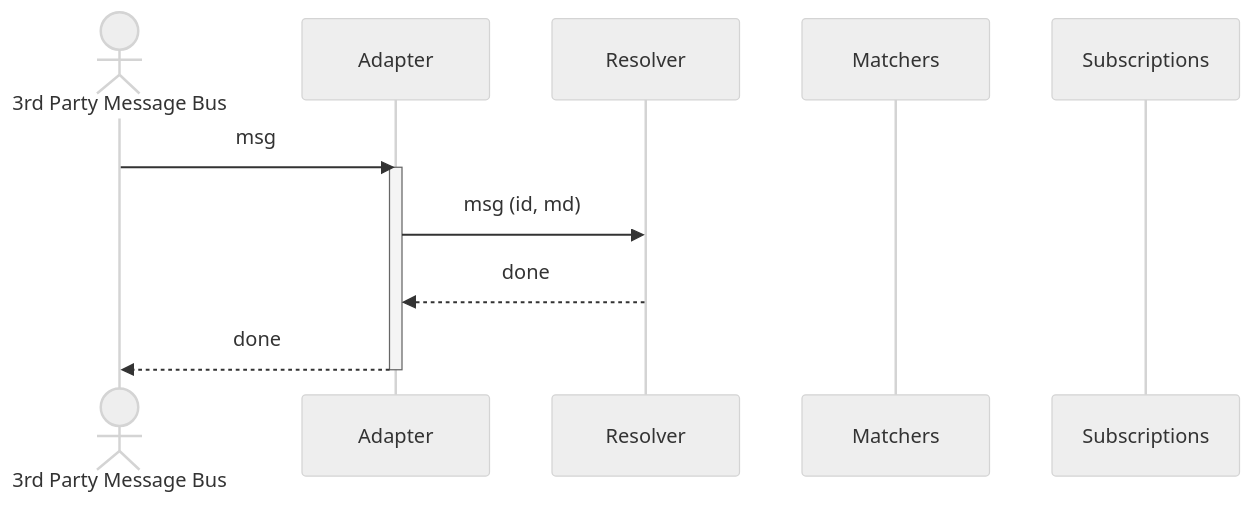
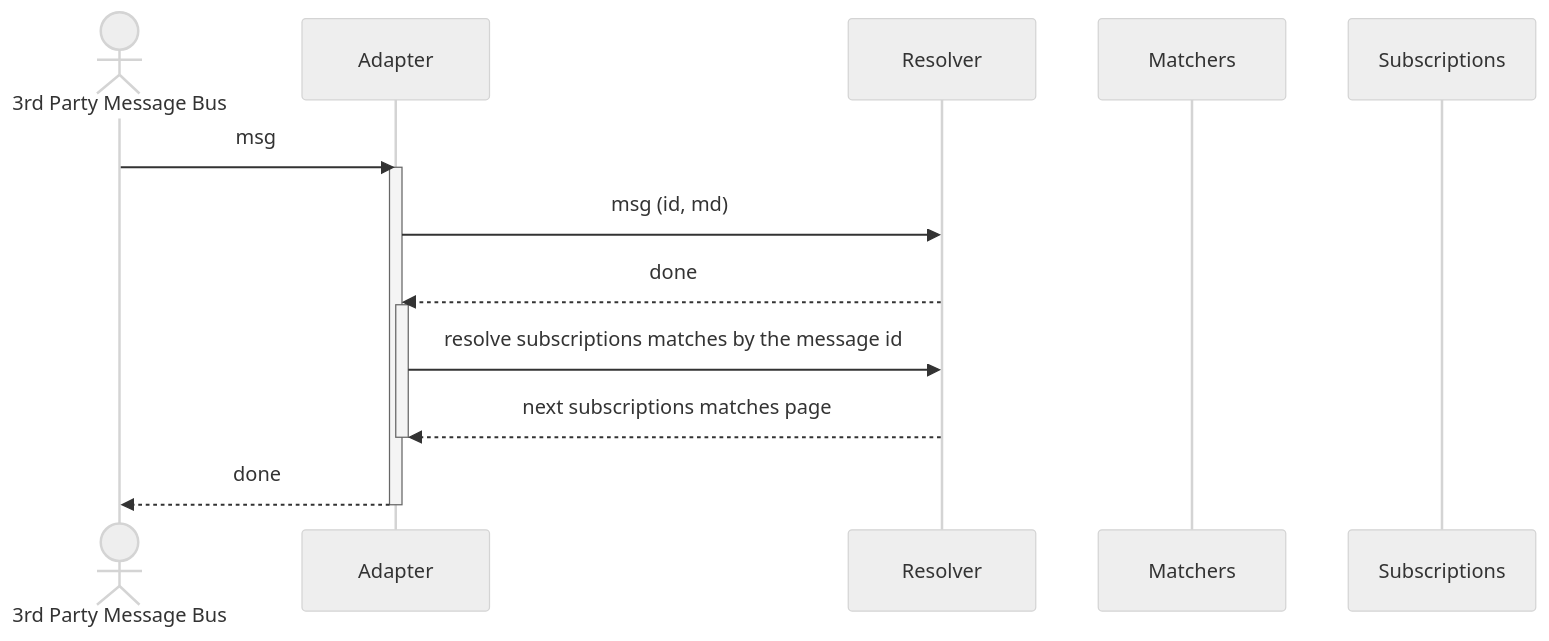
Before and after one commit to awakari/.github: the diagram in profile/README.md, drawn with Mermaid.

````diff
--- a/profile/README.md
+++ b/profile/README.md
@@ -13,15 +13,19 @@
 ```mermaid
 %%{init: {'theme': 'neutral' } }%%
 sequenceDiagram
     actor 3rd Party Message Bus
     participant Adapter
     participant Resolver
     participant Matchers
     participant Subscriptions
     3rd Party Message Bus->>Adapter: msg
     activate Adapter
     Adapter->>Resolver: msg (id, md) 
     Resolver-->>Adapter: done
+    activate Adapter
+    Adapter->>Resolver: resolve subscriptions matches by the message id
+    Resolver-->>Adapter: next subscriptions matches page
+    deactivate Adapter
     Adapter-->>3rd Party Message Bus: done
     deactivate Adapter
 ```
````
